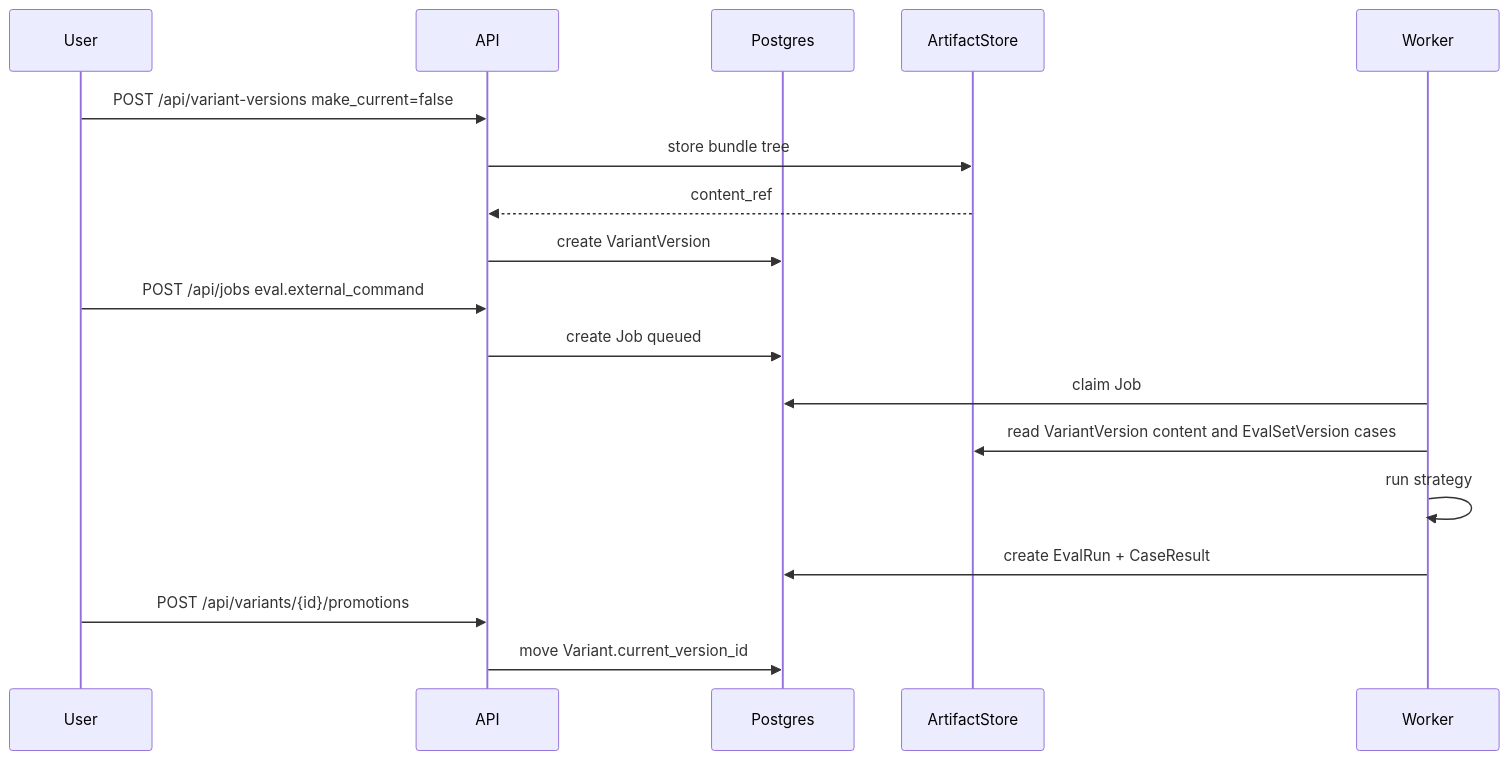
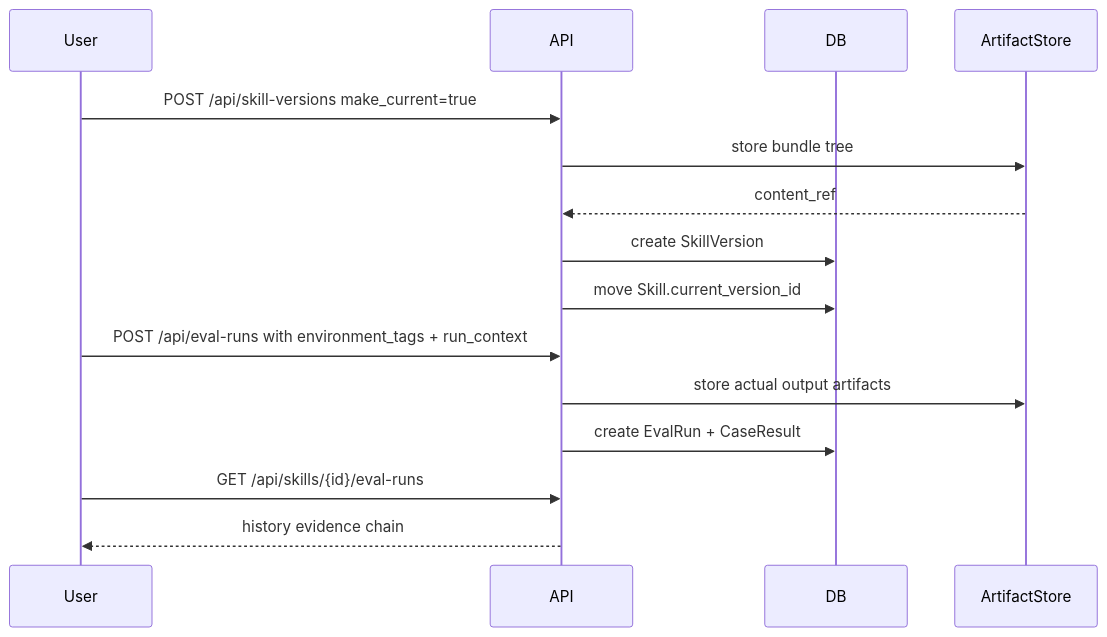
One commit to Madolkke/skills-manager changed the fourth of 4 diagrams in docs/formal-architecture-v0.1.md. Above: the diagram before and after it, drawn with Mermaid. The commit also changed other lines of this file and 47 other files, not shown here.

````diff
--- a/docs/formal-architecture-v0.1.md
+++ b/docs/formal-architecture-v0.1.md
@@ -241,21 +207,18 @@
 ```mermaid
 sequenceDiagram
   participant U as User
   participant API as API
-  participant DB as Postgres
+  participant DB as DB
   participant AS as ArtifactStore
-  participant W as Worker
 
-  U->>API: POST /api/variant-versions make_current=false
+  U->>API: POST /api/skill-versions make_current=true
   API->>AS: store bundle tree
   AS-->>API: content_ref
-  API->>DB: create VariantVersion
-  U->>API: POST /api/jobs eval.external_command
-  API->>DB: create Job queued
-  W->>DB: claim Job
-  W->>AS: read VariantVersion content and EvalSetVersion cases
-  W->>W: run strategy
-  W->>DB: create EvalRun + CaseResult
-  U->>API: POST /api/variants/{id}/promotions
-  API->>DB: move Variant.current_version_id
+  API->>DB: create SkillVersion
+  API->>DB: move Skill.current_version_id
+  U->>API: POST /api/eval-runs with environment_tags + run_context
+  API->>AS: store actual output artifacts
+  API->>DB: create EvalRun + CaseResult
+  U->>API: GET /api/skills/{id}/eval-runs
+  API-->>U: history evidence chain
 ```
````
